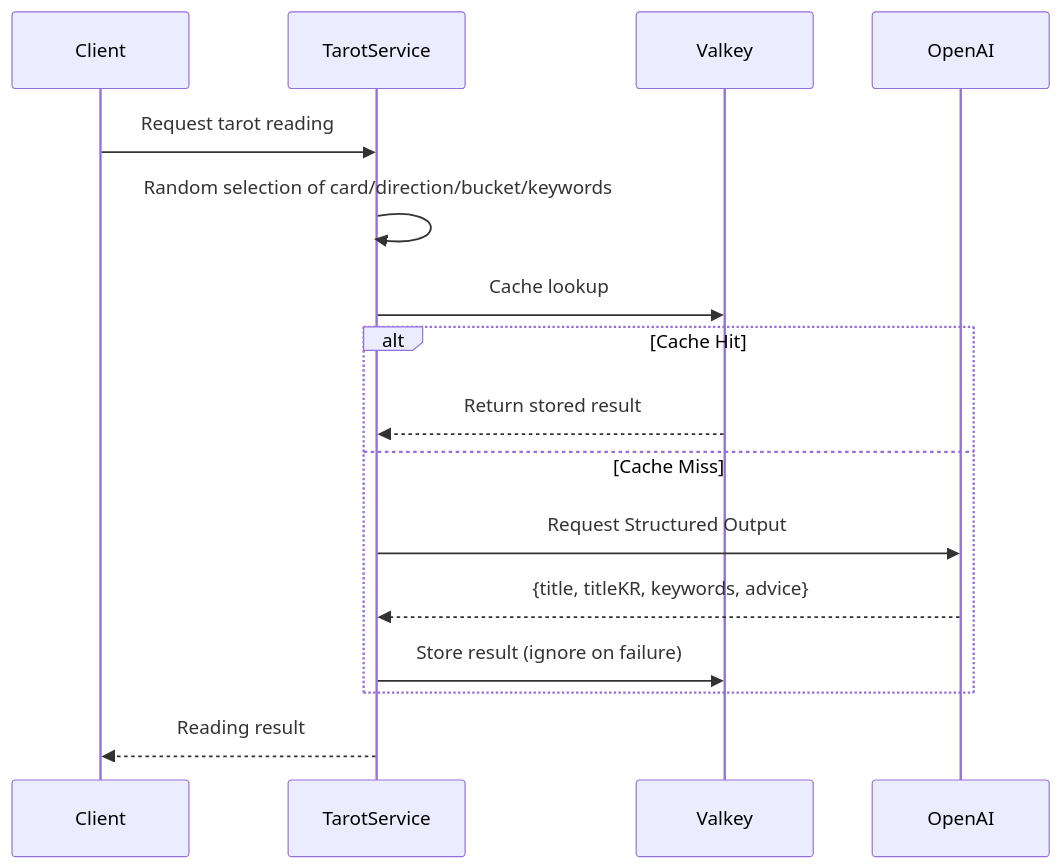
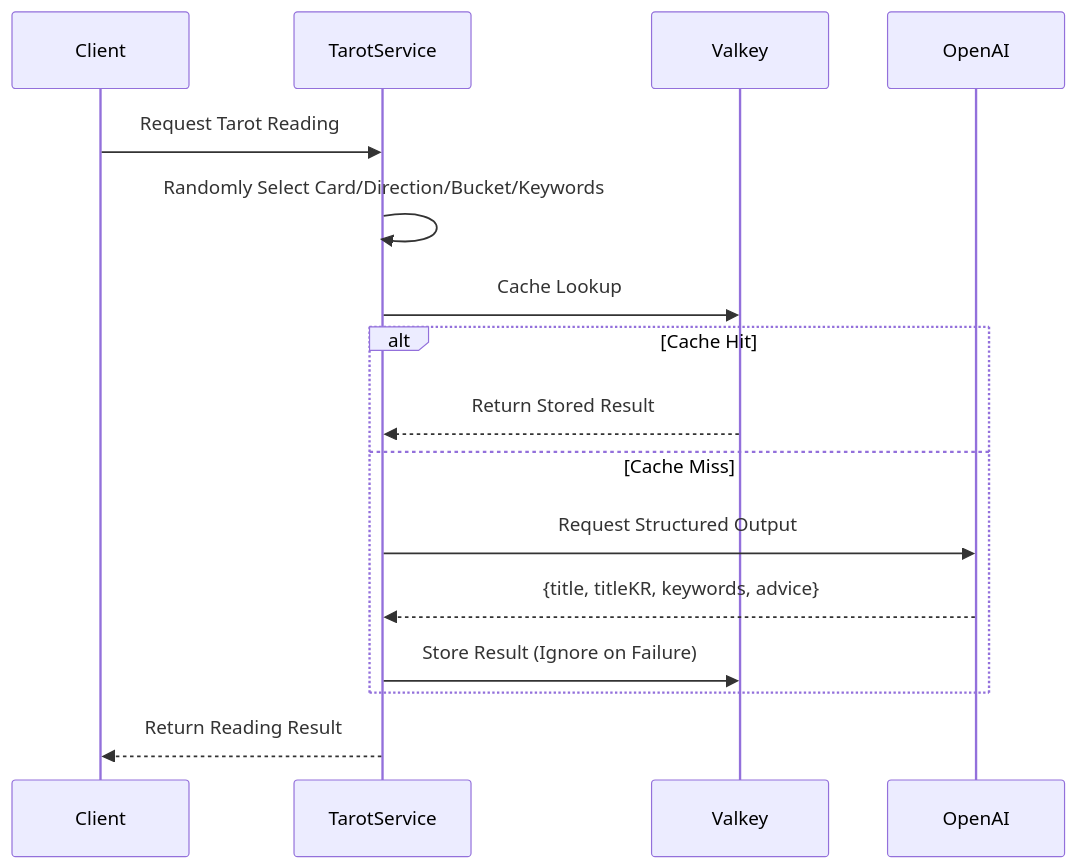
Before and after one commit to mandacode-labs/mandacode-devs: the second of 2 diagrams in src/content/blog/en/tarot-deep-dive.md, drawn with Mermaid. The commit also changed other lines of this file and 11 other files, not shown here.

````diff
--- a/src/content/blog/en/tarot-deep-dive.md
+++ b/src/content/blog/en/tarot-deep-dive.md
@@ -65,21 +65,21 @@
 ```mermaid
 sequenceDiagram
     participant Client as Client
     participant Service as TarotService
     participant Cache as Valkey
     participant AI as OpenAI
 
-    Client->>Service: Request tarot reading
-    Service->>Service: Random selection of card/direction/bucket/keywords
-    Service->>Cache: Cache lookup
+    Client->>Service: Request Tarot Reading
+    Service->>Service: Randomly Select Card/Direction/Bucket/Keywords
+    Service->>Cache: Cache Lookup
 
     alt Cache Hit
-        Cache-->>Service: Return stored result
+        Cache-->>Service: Return Stored Result
     else Cache Miss
         Service->>AI: Request Structured Output
         AI-->>Service: {title, titleKR, keywords, advice}
-        Service->>Cache: Store result (ignore on failure)
+        Service->>Cache: Store Result (Ignore on Failure)
     end
 
-    Service-->>Client: Reading result
+    Service-->>Client: Return Reading Result
 ```
````
